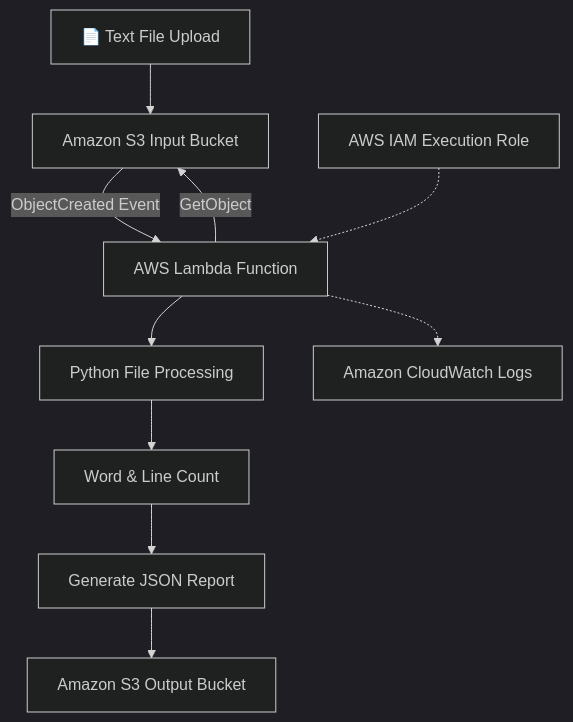
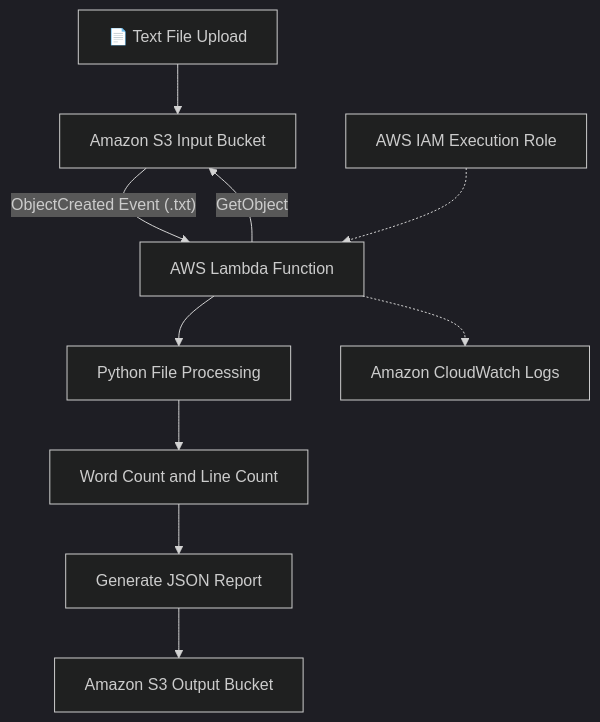
One commit to kantamnenimanusha/serverless-file-processor changed the diagram in README.md. Above: the diagram before and after it, drawn with Mermaid (dark theme). The commit also changed other lines of this file, not shown here.

````diff
--- a/README.md
+++ b/README.md
@@ -36,12 +45,12 @@
 ```mermaid
 flowchart TD
     A["📄 Text File Upload"] --> B["Amazon S3 Input Bucket"]
-    B -->|"ObjectCreated Event"| C["AWS Lambda Function"]
+    B -->|"ObjectCreated Event (.txt)"| C["AWS Lambda Function"]
     C -->|"GetObject"| B
     C --> D["Python File Processing"]
-    D --> E["Word & Line Count"]
+    D --> E["Word Count and Line Count"]
     E --> F["Generate JSON Report"]
     F --> G["Amazon S3 Output Bucket"]
     C -.-> H["Amazon CloudWatch Logs"]
     I["AWS IAM Execution Role"] -.-> C
 ```
````
